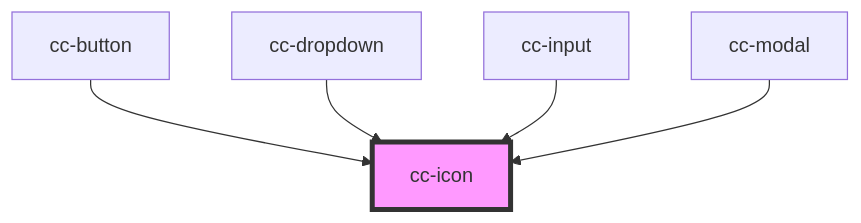
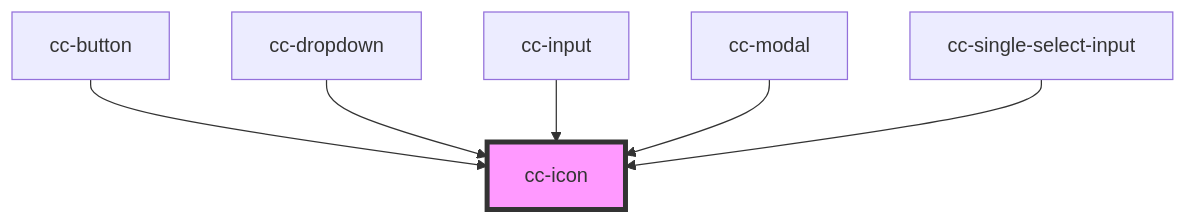
Before and after one commit to lacafetalab/cafeta-components: the diagram in packages/core/src/components/cc-icon/readme.md, drawn with Mermaid. The commit also changed other lines of this file and 2 other files, not shown here.

````diff
--- a/packages/core/src/components/cc-icon/readme.md
+++ b/packages/core/src/components/cc-icon/readme.md
@@ -26,8 +27,9 @@
 ```mermaid
 graph TD;
   cc-button --> cc-icon
   cc-dropdown --> cc-icon
   cc-input --> cc-icon
   cc-modal --> cc-icon
+  cc-single-select-input --> cc-icon
   style cc-icon fill:#f9f,stroke:#333,stroke-width:4px
 ```
````
